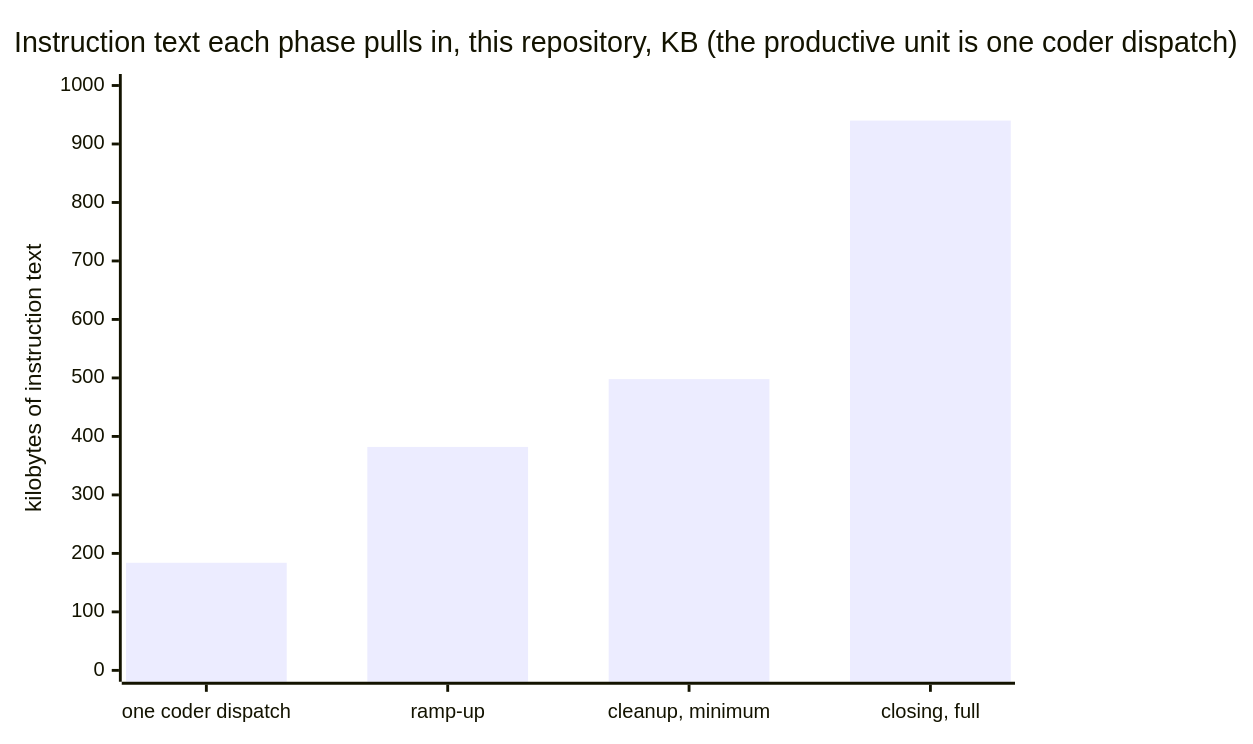
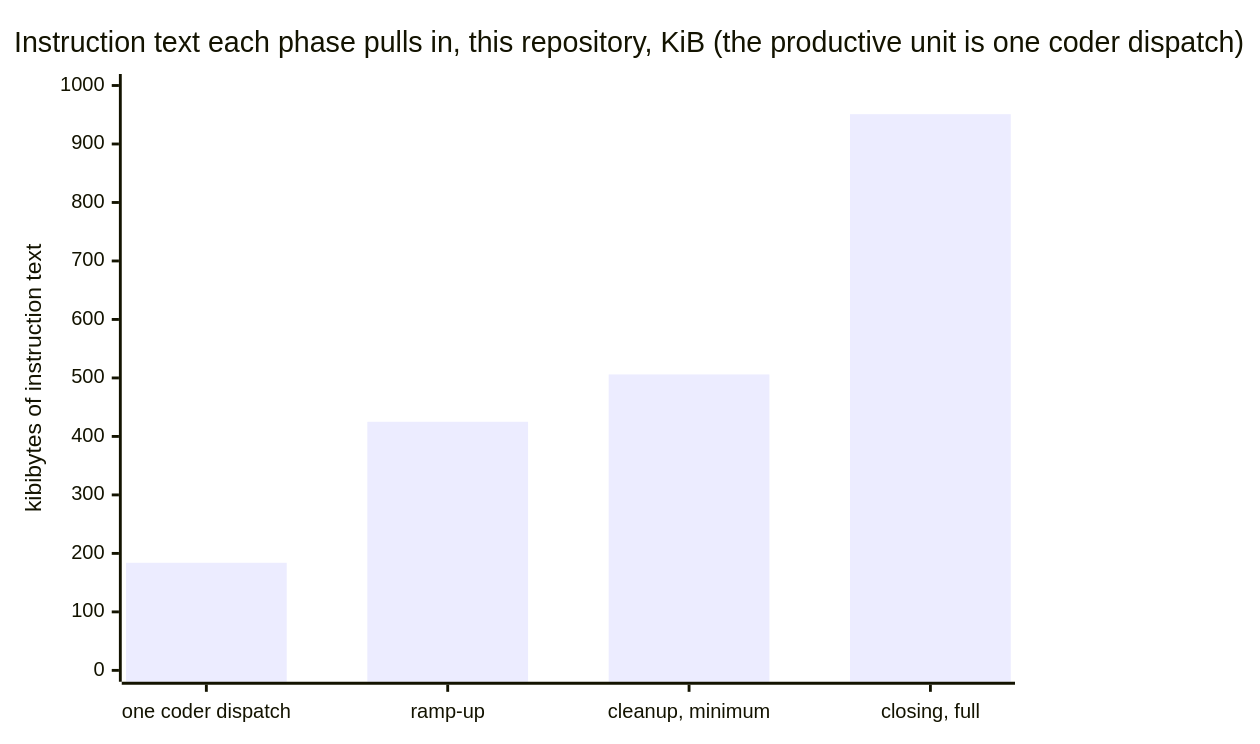
Diagram 17 of 19 in fusion-workbench/shared/analyses/260909-1047-size-versus-bookkeeping-across-three-projects.md (tenzoki/fusion), drawn with Mermaid before and after one commit. The commit also changed other lines of this file and 1 other file, not shown here.

````diff
--- a/fusion-workbench/shared/analyses/260909-1047-size-versus-bookkeeping-across-three-projects.md
+++ b/fusion-workbench/shared/analyses/260909-1047-size-versus-bookkeeping-across-three-projects.md
@@ -515,7 +548,7 @@
 ```mermaid
 xychart-beta
-    title "Instruction text each phase pulls in, this repository, KB (the productive unit is one coder dispatch)"
+    title "Instruction text each phase pulls in, this repository, KiB (the productive unit is one coder dispatch)"
     x-axis ["one coder dispatch", "ramp-up", "cleanup, minimum", "closing, full"]
-    y-axis "kilobytes of instruction text" 0 --> 1000
-    bar [184, 382, 498, 940]
+    y-axis "kibibytes of instruction text" 0 --> 1000
+    bar [184, 425, 506, 951]
 ```
````
